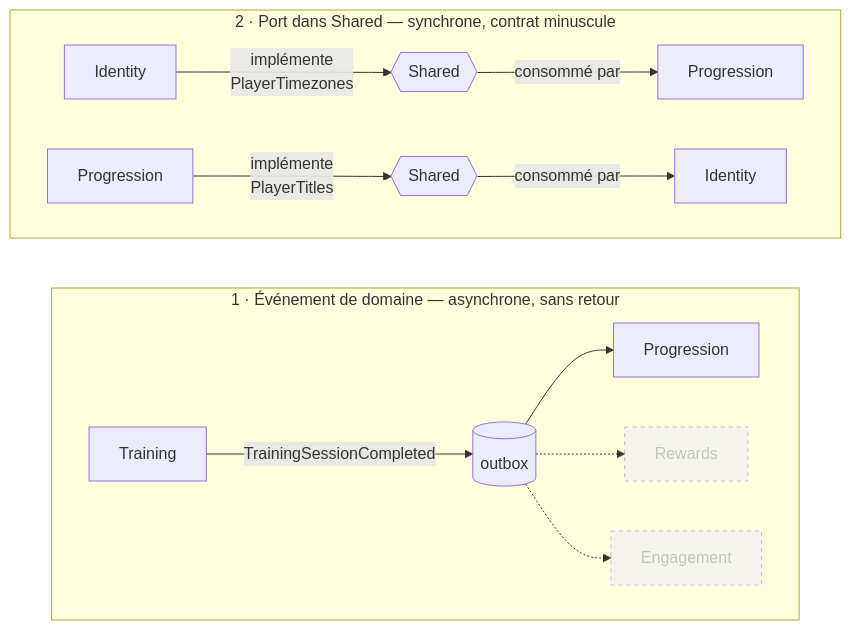
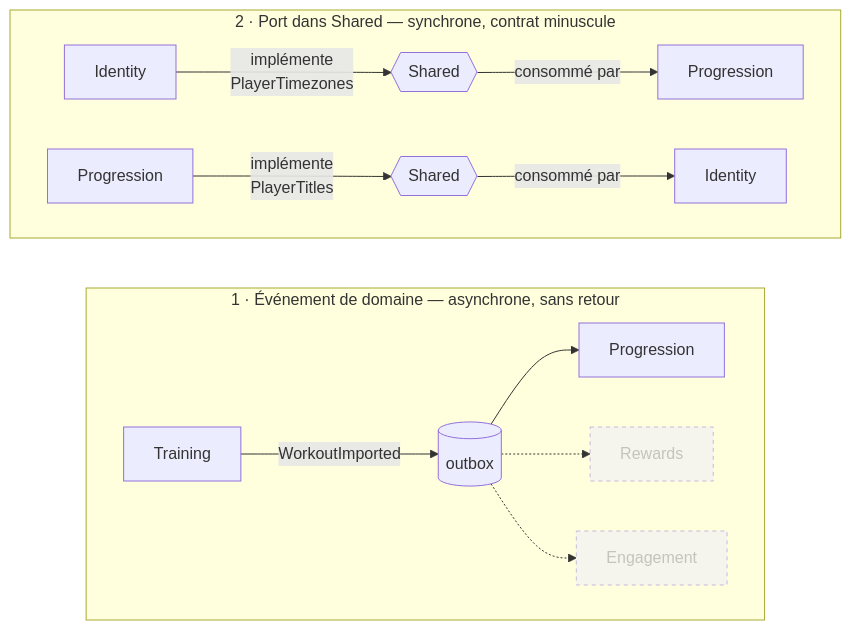
The second of 13 diagrams in ARCHITECTURE.md (younesdiouri/grrind-back), drawn with Mermaid before and after one commit. The commit also changed other lines of this file and 2 other files, not shown here.

First line of the commit message:
docs: acter le virage santé dans CLAUDE.md et ARCHITECTURE.md

````diff
--- a/ARCHITECTURE.md
+++ b/ARCHITECTURE.md
@@ -55,21 +55,21 @@
 ```mermaid
 flowchart LR
     subgraph ev["1 · Événement de domaine — asynchrone, sans retour"]
         direction LR
-        t["Training"] -->|"TrainingSessionCompleted"| out[("outbox")]
+        t["Training"] -->|"WorkoutImported"| out[("outbox")]
         out --> p1["Progression"]
         out -.-> r1["Rewards"]
         out -.-> e1["Engagement"]
     end
 
     subgraph po["2 · Port dans Shared — synchrone, contrat minuscule"]
         direction LR
         i2["Identity"] -->|"implémente<br/>PlayerTimezones"| s2{{"Shared"}}
         s2 -->|"consommé par"| p2["Progression"]
         p3["Progression"] -->|"implémente<br/>PlayerTitles"| s3{{"Shared"}}
         s3 -->|"consommé par"| i3["Identity"]
     end
 
     classDef todo stroke-dasharray:4 4,opacity:0.5
     class r1,e1 todo
 ```
````
